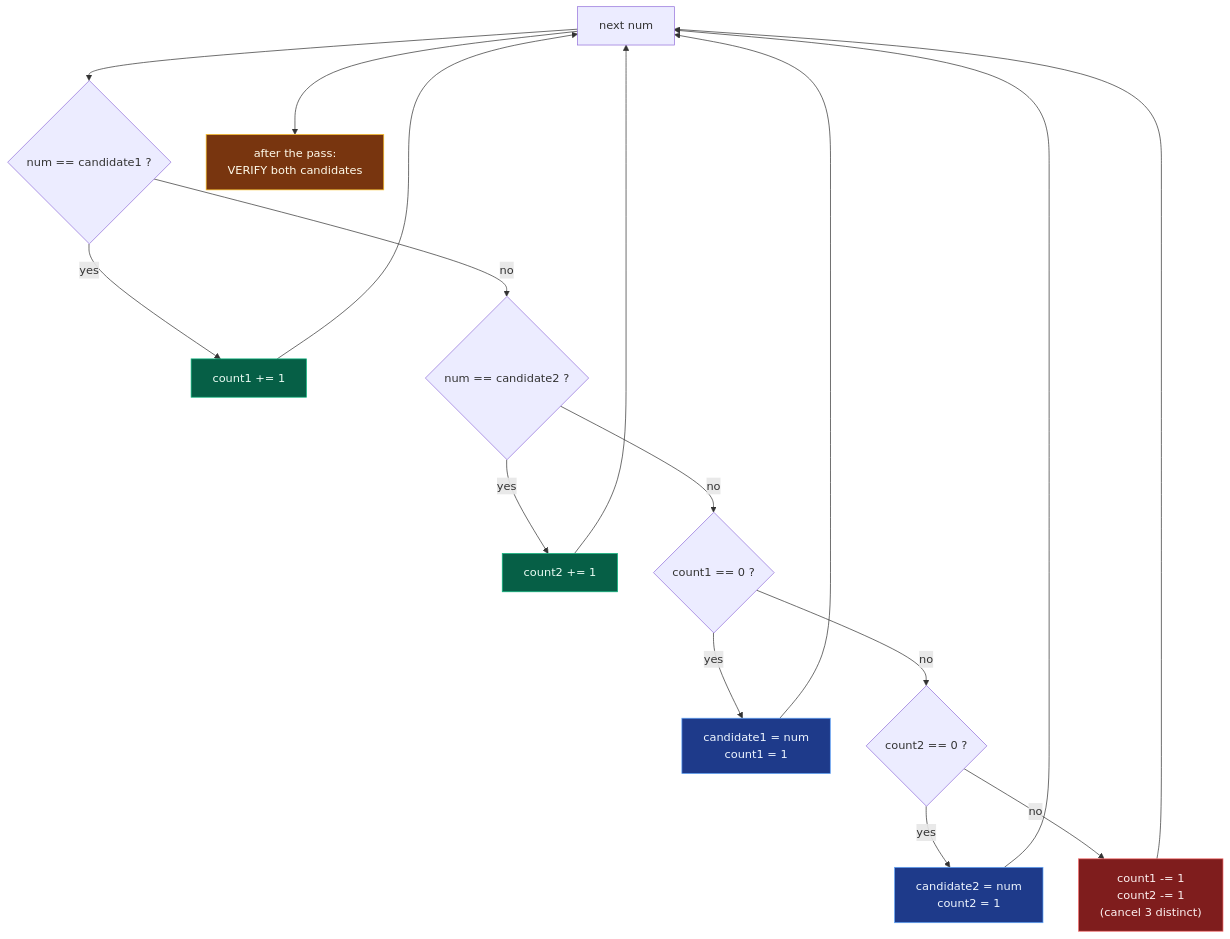
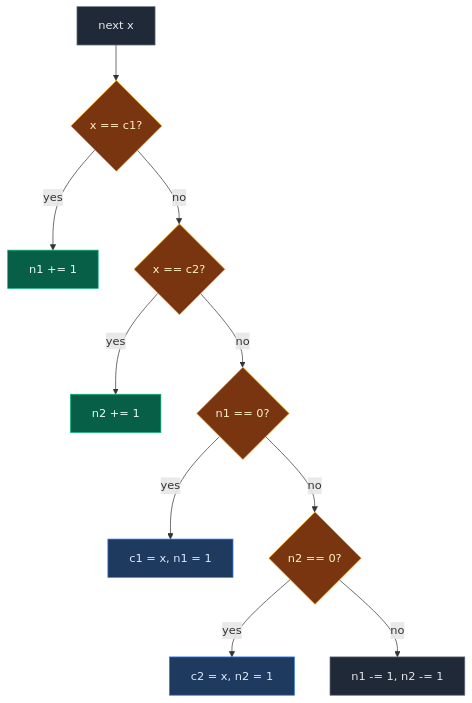
One commit to ajay-nikumbh/dsa-notes changed the diagram in 01. Array/11. Boyer-Moore Voting/02. 229. Majority Element II.md. Above: the diagram before and after it, drawn with Mermaid. The commit also changed other lines of this file and 85 other files, not shown here.

````diff
--- a/01. Array/11. Boyer-Moore Voting/02. 229. Majority Element II.md
+++ b/01. Array/11. Boyer-Moore Voting/02. 229. Majority Element II.md
@@ -101,24 +69,17 @@
 ```mermaid
 flowchart TD
-    S["next num"] --> A{"num == candidate1 ?"}
-    A -- yes --> A1["count1 += 1"]:::calc
-    A -- no --> B{"num == candidate2 ?"}
-    B -- yes --> B1["count2 += 1"]:::calc
-    B -- no --> C{"count1 == 0 ?"}
-    C -- yes --> C1["candidate1 = num<br/>count1 = 1"]:::assign
-    C -- no --> D{"count2 == 0 ?"}
-    D -- yes --> D1["candidate2 = num<br/>count2 = 1"]:::assign
-    D -- no --> E["count1 -= 1<br/>count2 -= 1<br/>(cancel 3 distinct)"]:::cancel
-    A1 --> S
-    B1 --> S
-    C1 --> S
-    D1 --> S
-    E --> S
-    S --> V["after the pass:<br/>VERIFY both candidates"]:::verify
+    S["next x"]:::a --> A{"x == c1?"}:::c
+    A -->|yes| A1["n1 += 1"]:::d
+    A -->|no| B{"x == c2?"}:::c
+    B -->|yes| B1["n2 += 1"]:::d
+    B -->|no| C{"n1 == 0?"}:::c
+    C -->|yes| C1["c1 = x, n1 = 1"]:::b
+    C -->|no| D{"n2 == 0?"}:::c
+    D -->|yes| D1["c2 = x, n2 = 1"]:::b
+    D -->|no| E["n1 -= 1, n2 -= 1"]:::a
 
-    classDef edge fill:#1f2937,stroke:#6b7280,color:#e5e7eb
-    classDef calc fill:#065f46,stroke:#10b981,color:#ecfdf5
-    classDef assign fill:#1e3a8a,stroke:#60a5fa,color:#eff6ff
-    classDef cancel fill:#7f1d1d,stroke:#f87171,color:#fef2f2
-    classDef verify fill:#78350f,stroke:#fbbf24,color:#fffbeb
+    classDef a fill:#1f2937,stroke:#6b7280,color:#e5e7eb
+    classDef b fill:#1e3a5f,stroke:#3b82f6,color:#dbeafe
+    classDef c fill:#78350f,stroke:#f59e0b,color:#fef3c7
+    classDef d fill:#065f46,stroke:#10b981,color:#ecfdf5
 ```
````
